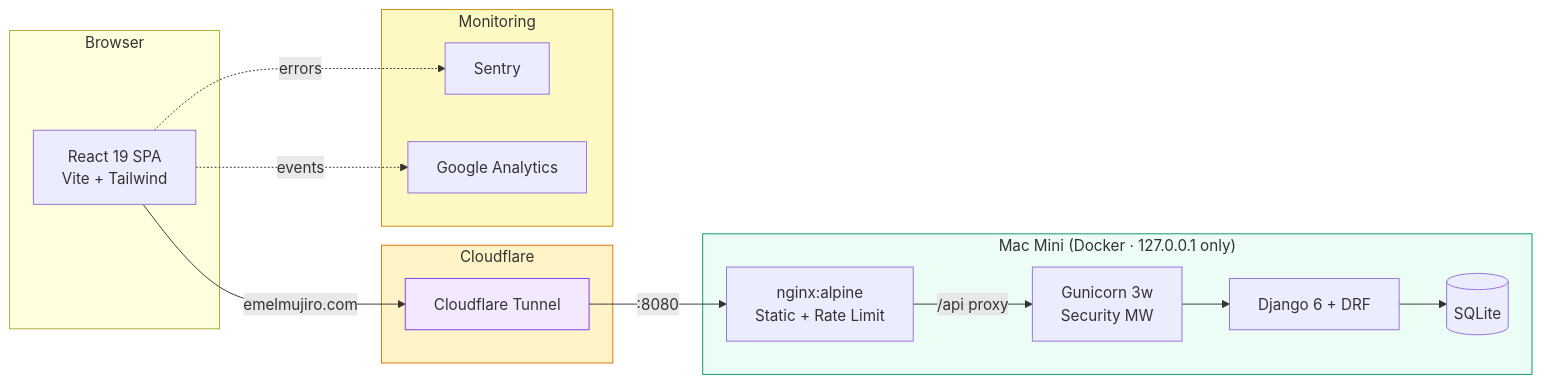
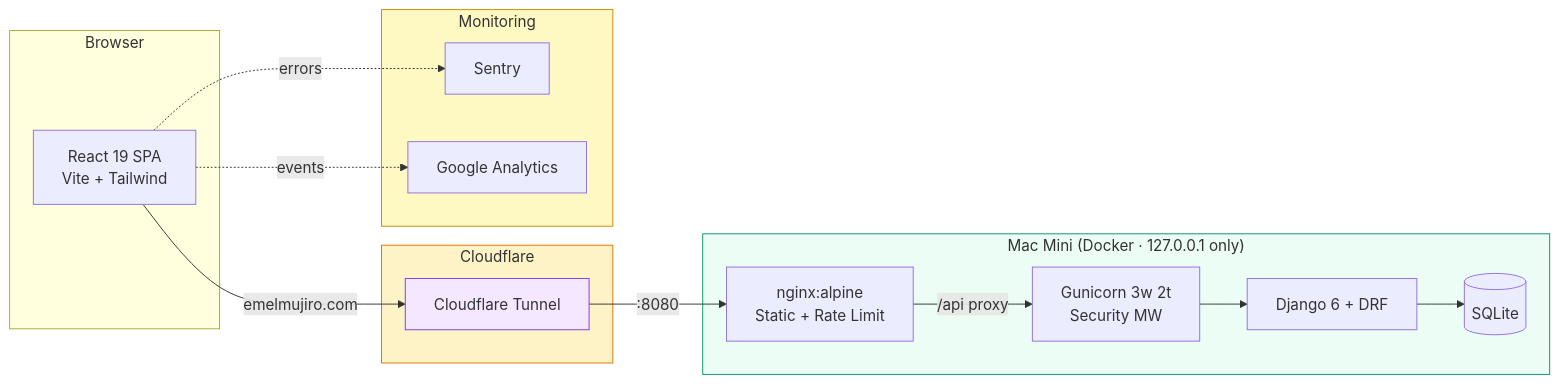
Before and after one commit to researcherhojin/emelmujiro: the diagram in README.md, drawn with Mermaid. The commit also changed other lines of this file and 3 other files, not shown here.

````diff
--- a/README.md
+++ b/README.md
@@ -97,35 +97,35 @@
 ```mermaid
 graph LR
     subgraph Client["Browser"]
         React["React 19 SPA\nVite + Tailwind"]
     end
 
     subgraph CF["Cloudflare"]
         Tunnel["Cloudflare Tunnel"]
     end
 
     subgraph MacMini["Mac Mini (Docker · 127.0.0.1 only)"]
         Nginx["nginx:alpine\nStatic + Rate Limit"]
-        Gunicorn["Gunicorn 3w\nSecurity MW"]
+        Gunicorn["Gunicorn 3w 2t\nSecurity MW"]
         DRF["Django 6 + DRF"]
         DB[(SQLite)]
     end
 
     subgraph Monitoring["Monitoring"]
         Sentry["Sentry"]
         GA["Google Analytics"]
     end
 
     React -->|emelmujiro.com| Tunnel
     Tunnel -->|:8080| Nginx
     Nginx -->|/api proxy| Gunicorn
     Gunicorn --> DRF
     DRF --> DB
     React -.->|errors| Sentry
     React -.->|events| GA
 
     style Tunnel fill:#F3E8FF,stroke:#7C3AED
     style MacMini fill:#ECFDF5,stroke:#059669
     style CF fill:#FEF3C7,stroke:#D97706
     style Monitoring fill:#FEF9C3,stroke:#CA8A04
 ```
````
